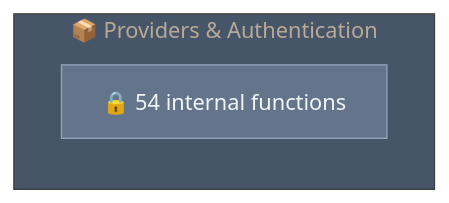
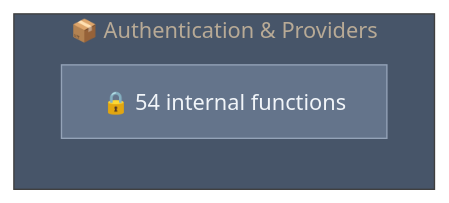
Before and after one commit to Ansh-dhanani/mikk: the diagram in .mikk/diagrams/capsules/mesh-packages-ai-context.mmd, drawn with Mermaid. The commit also changed 159 other files, not shown here.

```diff
--- a/.mikk/diagrams/capsules/mesh-packages-ai-context.mmd
+++ b/.mikk/diagrams/capsules/mesh-packages-ai-context.mmd
@@ -1,12 +1,12 @@
 %%{init: {"theme": "base", "themeVariables": {"primaryColor": "#1e293b", "primaryTextColor": "#e2e8f0", "lineColor": "#64748b", "secondaryColor": "#334155", "tertiaryColor": "#475569", "background": "#0f172a", "mainBkg": "#1e293b", "nodeBorder": "#475569"}}}%%
 graph LR
 
-    subgraph mesh_packages_ai_context["📦 Providers & Authentication"]
+    subgraph mesh_packages_ai_context["📦 Authentication & Providers"]
         direction TB
         internal["🔒 54 internal functions"]
     end
 
 
     classDef publicApi fill:#22c55e,stroke:#4ade80,color:#f0fdf4
     classDef internalApi fill:#64748b,stroke:#94a3b8,color:#f1f5f9
     class internal internalApi
```
